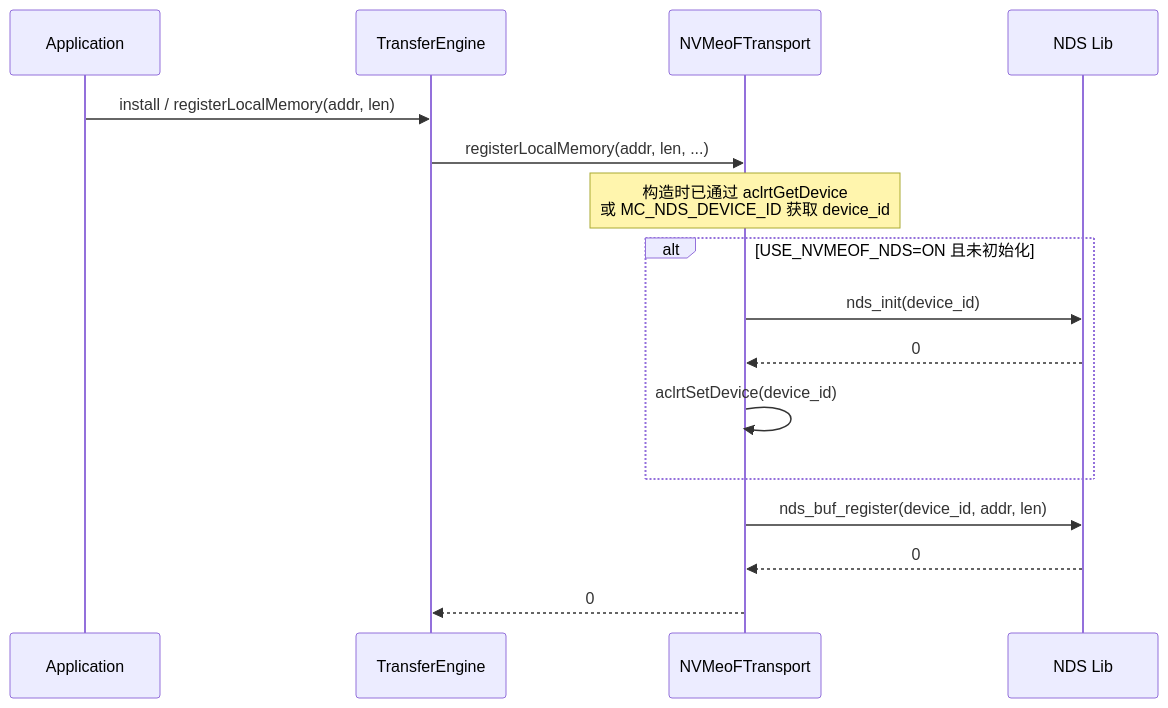
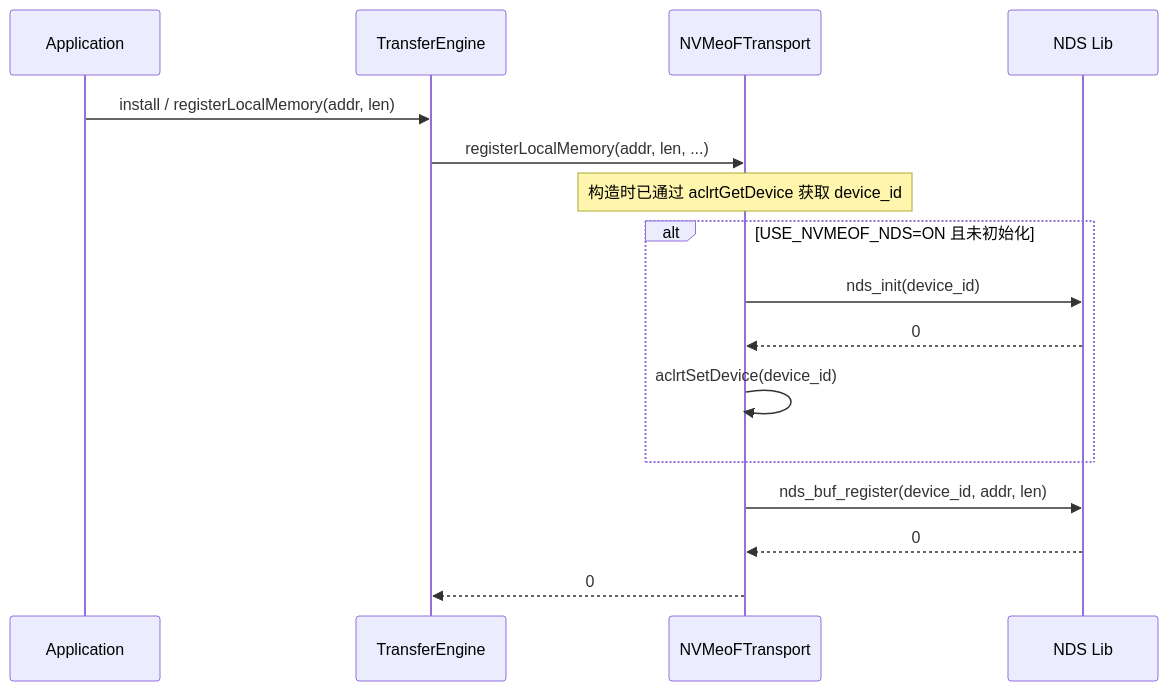
Before and after one commit to yz53665/Mooncake: the fifth of 17 diagrams in docs/rfc-nds-nvmeof-transport-cn.md, drawn with Mermaid. The commit also changed other lines of this file, not shown here.

````diff
--- a/docs/rfc-nds-nvmeof-transport-cn.md
+++ b/docs/rfc-nds-nvmeof-transport-cn.md
@@ -259,19 +255,19 @@
 ```mermaid
 sequenceDiagram
     participant App as Application
     participant TE as TransferEngine
     participant NVT as NVMeoFTransport
     participant NDS as NDS Lib
 
     App->>TE: install / registerLocalMemory(addr, len)
     TE->>NVT: registerLocalMemory(addr, len, ...)
-    Note over NVT: 构造时已通过 aclrtGetDevice<br/>或 MC_NDS_DEVICE_ID 获取 device_id
+    Note over NVT: 构造时已通过 aclrtGetDevice 获取 device_id
     alt USE_NVMEOF_NDS=ON 且未初始化
         NVT->>NDS: nds_init(device_id)
         NDS-->>NVT: 0
         NVT->>NVT: aclrtSetDevice(device_id)
     end
     NVT->>NDS: nds_buf_register(device_id, addr, len)
     NDS-->>NVT: 0
     NVT-->>TE: 0
 ```
````
